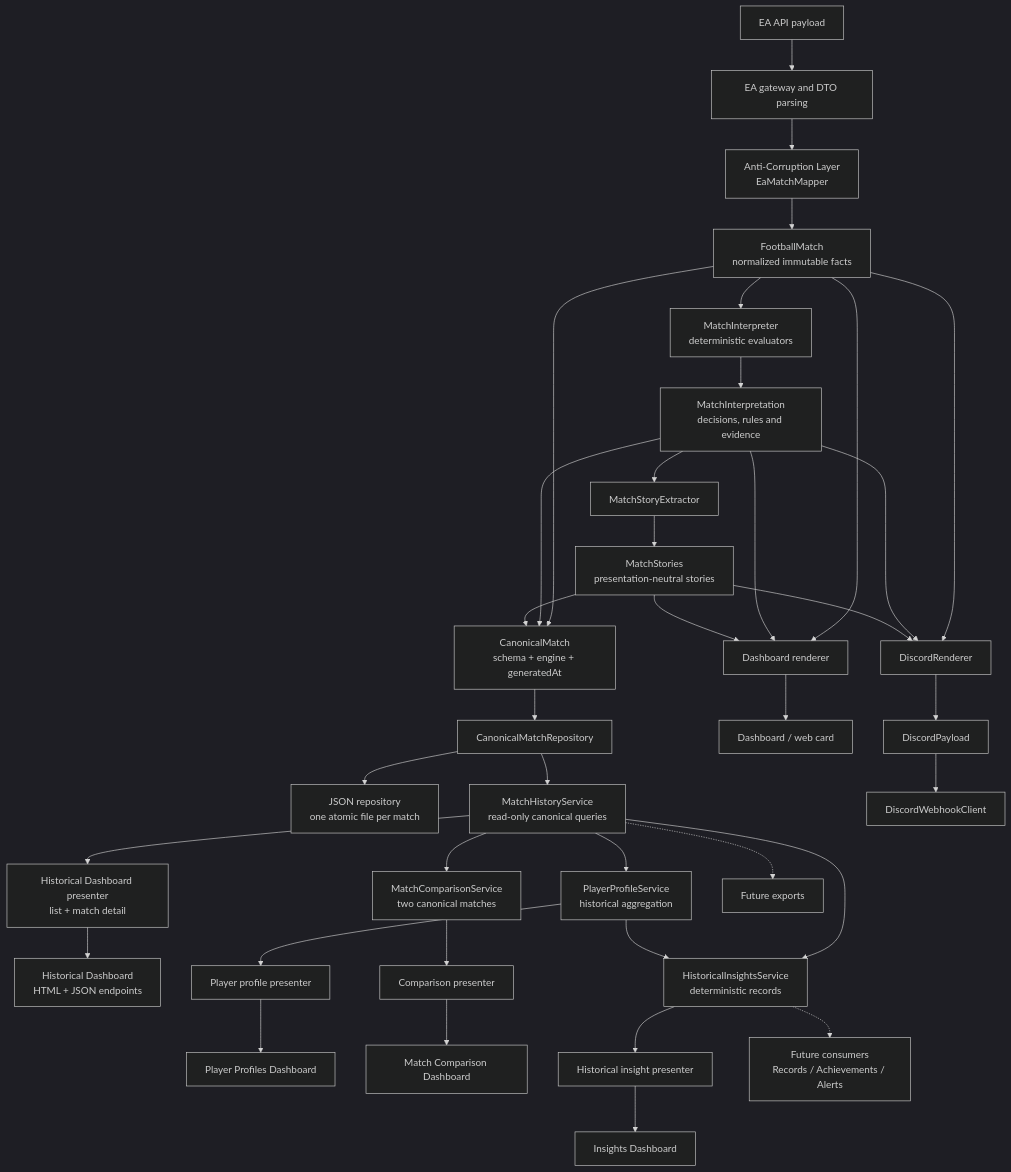
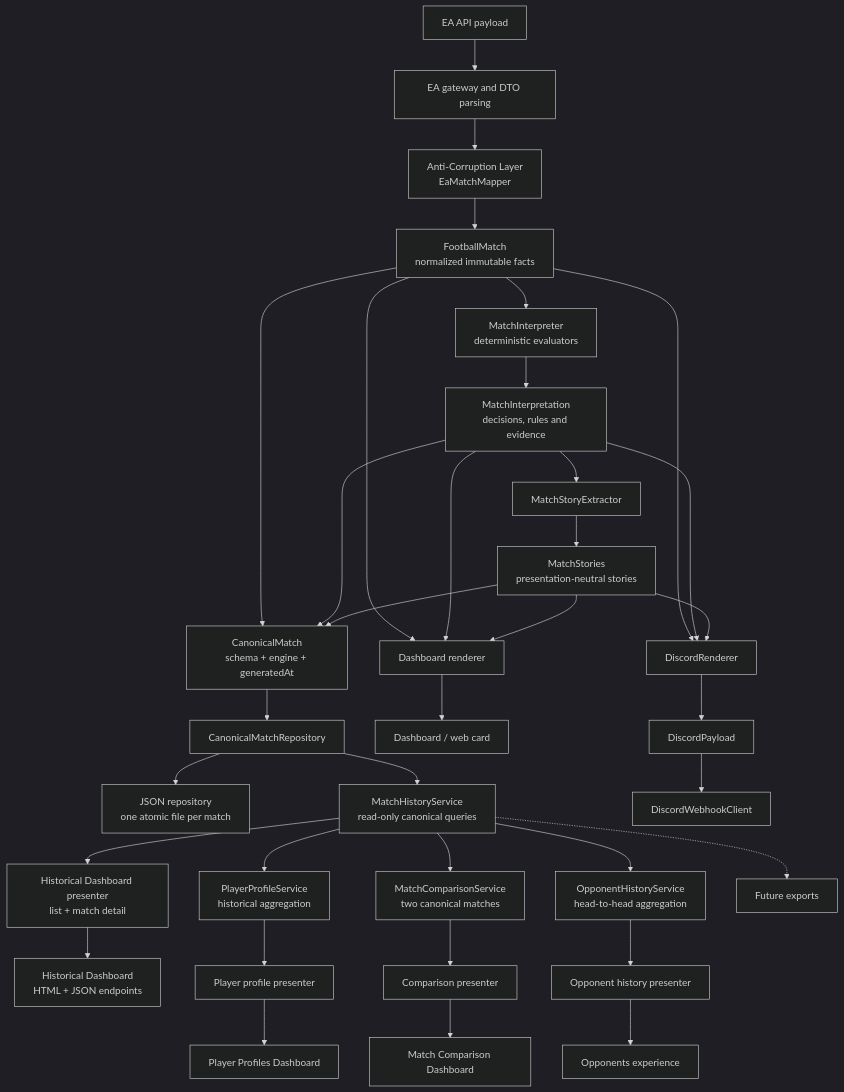
One commit to douglas-borba/eafc26-discord-stats changed the diagram in docs/architecture.md. Above: the diagram before and after it, drawn with Mermaid (dark theme). The commit also changed other lines of this file and 27 other files, not shown here.

Commit message:
feat: add canonical opponent history

````diff
--- a/docs/architecture.md
+++ b/docs/architecture.md
@@ -13,39 +13,37 @@
 ```mermaid
 flowchart TD
     EA["EA API payload"] --> GW["EA gateway and DTO parsing"]
     GW --> ACL["Anti-Corruption Layer<br/>EaMatchMapper"]
     ACL --> FM["FootballMatch<br/>normalized immutable facts"]
     FM --> MI["MatchInterpreter<br/>deterministic evaluators"]
     MI --> INT["MatchInterpretation<br/>decisions, rules and evidence"]
     INT --> SE["MatchStoryExtractor"]
     SE --> MS["MatchStories<br/>presentation-neutral stories"]
     FM --> CM["CanonicalMatch<br/>schema + engine + generatedAt"]
     INT --> CM
     MS --> CM
     CM --> PORT["CanonicalMatchRepository"]
     PORT --> JSON["JSON repository<br/>one atomic file per match"]
     PORT --> HIST["MatchHistoryService<br/>read-only canonical queries"]
     HIST --> HDASH["Historical Dashboard presenter<br/>list + match detail"]
     HDASH --> HWEB["Historical Dashboard<br/>HTML + JSON endpoints"]
     HIST --> PROFILE["PlayerProfileService<br/>historical aggregation"]
     PROFILE --> PVIEW["Player profile presenter"]
     PVIEW --> PWEB["Player Profiles Dashboard"]
     HIST --> COMP["MatchComparisonService<br/>two canonical matches"]
     COMP --> CVIEW["Comparison presenter"]
     CVIEW --> CWEB["Match Comparison Dashboard"]
-    HIST --> INS["HistoricalInsightsService<br/>deterministic records"]
-    PROFILE --> INS
-    INS --> IVIEW["Historical insight presenter"]
-    IVIEW --> IWEB["Insights Dashboard"]
-    INS -.-> FUTURE["Future consumers<br/>Records / Achievements / Alerts"]
+    HIST --> OPP["OpponentHistoryService<br/>head-to-head aggregation"]
+    OPP --> OVIEW["Opponent history presenter"]
+    OVIEW --> OWEB["Opponents experience"]
     HIST -.-> EXPORT["Future exports"]
     FM --> DASH["Dashboard renderer"]
     INT --> DASH
     MS --> DASH
     FM --> DISC["DiscordRenderer"]
     INT --> DISC
     MS --> DISC
     DASH --> WEB["Dashboard / web card"]
     DISC --> PAYLOAD["DiscordPayload"]
     PAYLOAD --> HOOK["DiscordWebhookClient"]
 ```
````
